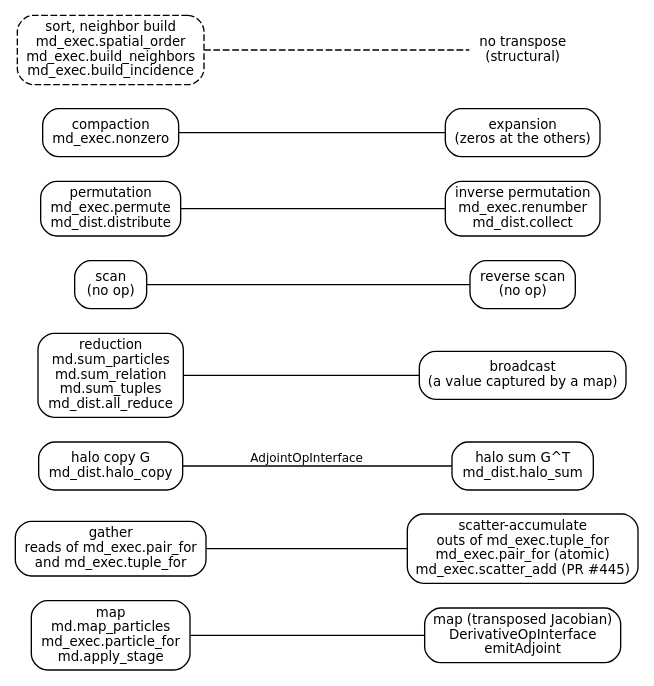
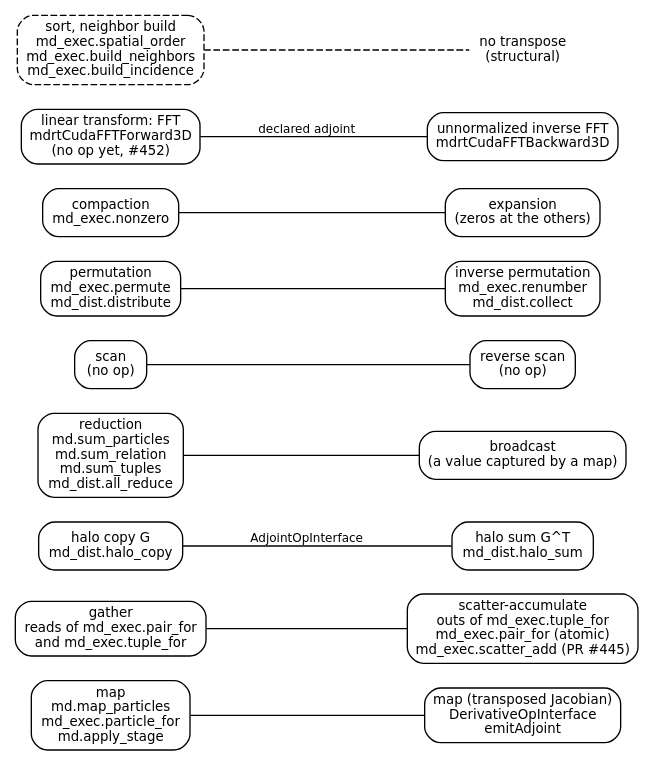
One commit to vv137/mdir changed the diagram in docs/figures/primitives/transpose-pairs.dot. Above: the diagram before and after it, drawn with Graphviz. The commit also changed 4 other files, not shown here.

First line of the commit message:
Docs: the linear transform (FFT) joins the primitive set, after the ruling on #452

```diff
--- a/docs/figures/primitives/transpose-pairs.dot
+++ b/docs/figures/primitives/transpose-pairs.dot
@@ -1,41 +1,45 @@
 // The primitives of docs/primitives-map.md and their transposes
 // (D[primitives-map]). Each edge joins a primitive to its transpose; the
 // lines below a name are the ops and functions of the code that take that
 // form today. Regenerate the SVG with scripts/render/primitives-figures.sh.
 graph transpose_pairs {
   graph [rankdir=LR, fontname="DejaVu Sans", fontsize=11, nodesep=0.25, ranksep=0.9];
   node  [shape=box, style="rounded", fontname="DejaVu Sans", fontsize=10];
   edge  [fontname="DejaVu Sans", fontsize=9];
 
   map_forward [label="map\nmd.map_particles\nmd_exec.particle_for\nmd.apply_stage"];
   map_reverse [label="map (transposed Jacobian)\nDerivativeOpInterface\nemitAdjoint"];
   map_forward -- map_reverse;
 
   gather  [label="gather\nreads of md_exec.pair_for\nand md_exec.tuple_for"];
   scatter [label="scatter-accumulate\nouts of md_exec.tuple_for\nmd_exec.pair_for (atomic)\nmd_exec.scatter_add (PR #445)"];
   gather -- scatter;
 
   halo_copy [label="halo copy G\nmd_dist.halo_copy"];
   halo_sum  [label="halo sum G^T\nmd_dist.halo_sum"];
   halo_copy -- halo_sum [label="AdjointOpInterface"];
 
   reduction [label="reduction\nmd.sum_particles\nmd.sum_relation\nmd.sum_tuples\nmd_dist.all_reduce"];
   broadcast [label="broadcast\n(a value captured by a map)"];
   reduction -- broadcast;
 
   scan  [label="scan\n(no op)"];
   rscan [label="reverse scan\n(no op)"];
   scan -- rscan;
 
   permute [label="permutation\nmd_exec.permute\nmd_dist.distribute"];
   inverse [label="inverse permutation\nmd_exec.renumber\nmd_dist.collect"];
   permute -- inverse;
 
   compact [label="compaction\nmd_exec.nonzero"];
   expand  [label="expansion\n(zeros at the others)"];
   compact -- expand;
 
+  fft_forward  [label="linear transform: FFT\nmdrtCudaFFTForward3D\n(no op yet, #452)"];
+  fft_backward [label="unnormalized inverse FFT\nmdrtCudaFFTBackward3D"];
+  fft_forward -- fft_backward [label="declared adjoint"];
+
   structural [label="sort, neighbor build\nmd_exec.spatial_order\nmd_exec.build_neighbors\nmd_exec.build_incidence", style="rounded,dashed"];
   none [label="no transpose\n(structural)", shape=plaintext];
   structural -- none [style=dashed];
 }
```
